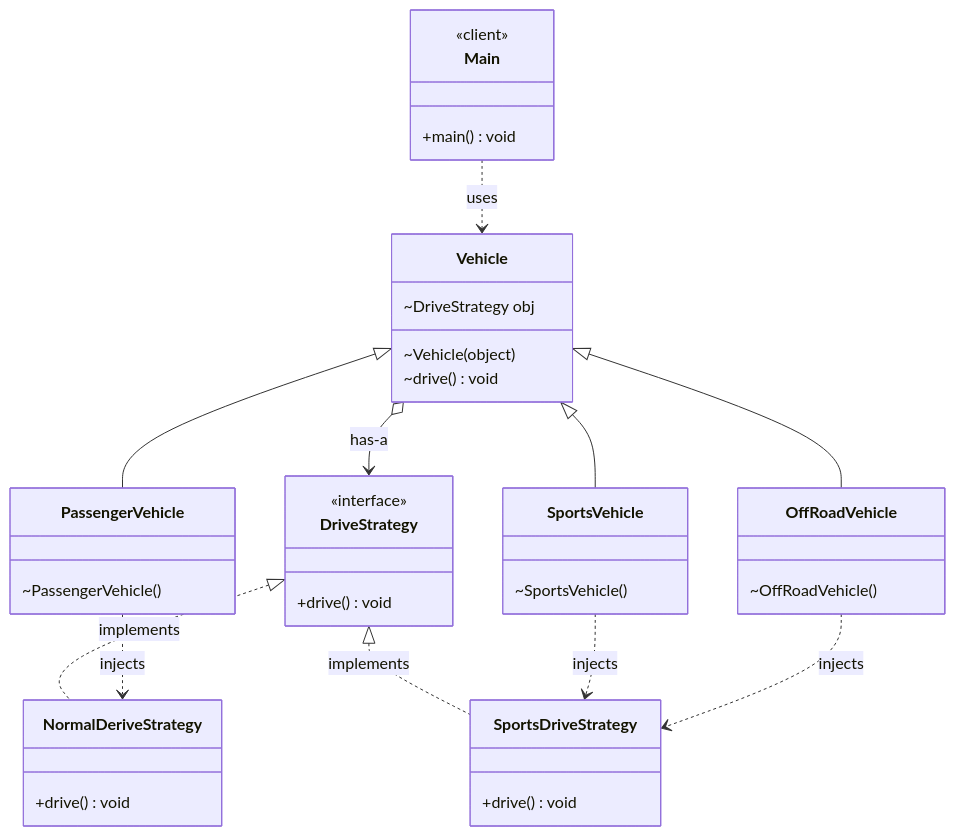
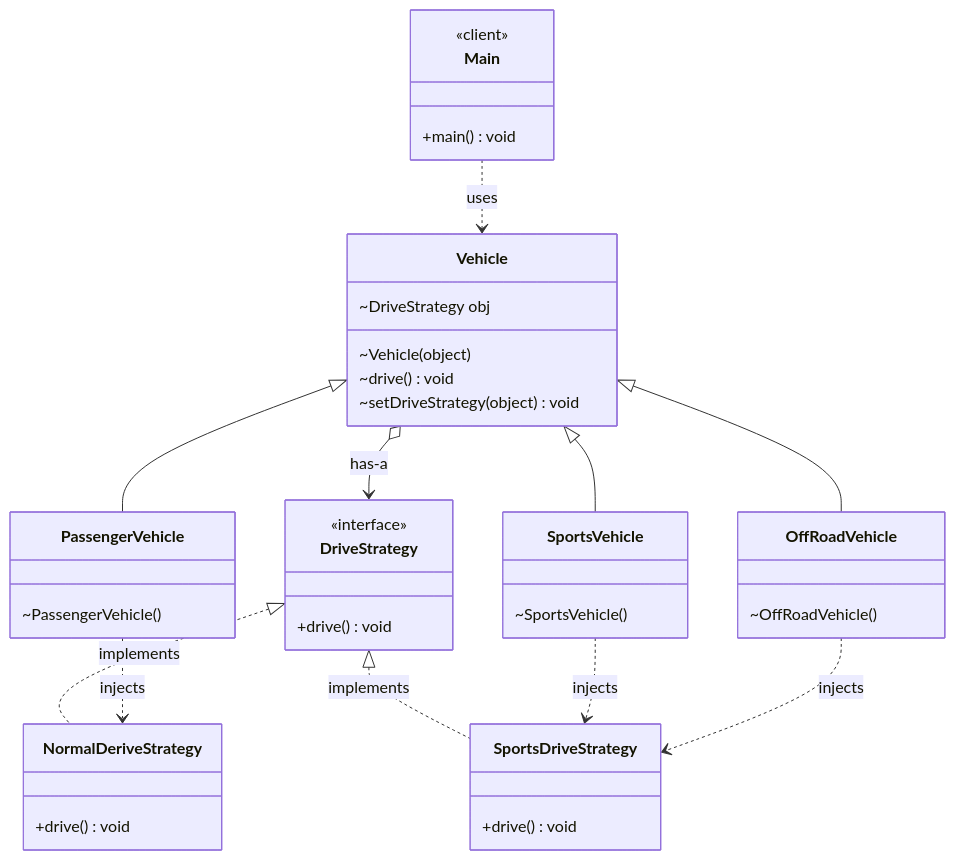
One commit to Reetesh-123/Low-Level-Design changed the second of 2 diagrams in src/BehavioralDesignPatterns/StrategyDesignPattern/class-diagram.md. Above: the diagram before and after it, drawn with Mermaid. The commit also changed 3 other files, not shown here.

````diff
--- a/src/BehavioralDesignPatterns/StrategyDesignPattern/class-diagram.md
+++ b/src/BehavioralDesignPatterns/StrategyDesignPattern/class-diagram.md
@@ -33,50 +33,51 @@
 ```mermaid
 classDiagram
     direction TB
 
     class Main {
       <<client>>
       +main() void
     }
 
     class Vehicle {
       ~DriveStrategy obj
       ~Vehicle(object)
       ~drive() void
+      ~setDriveStrategy(object) void
     }
 
     class PassengerVehicle {
       ~PassengerVehicle()
     }
     class SportsVehicle {
       ~SportsVehicle()
     }
     class OffRoadVehicle {
       ~OffRoadVehicle()
     }
 
     class DriveStrategy {
       <<interface>>
       +drive() void
     }
     class NormalDeriveStrategy {
       +drive() void
     }
     class SportsDriveStrategy {
       +drive() void
     }
 
     Main ..> Vehicle : uses
 
     Vehicle <|-- PassengerVehicle
     Vehicle <|-- SportsVehicle
     Vehicle <|-- OffRoadVehicle
 
     Vehicle o--> DriveStrategy : has-a
     DriveStrategy <|.. NormalDeriveStrategy : implements
     DriveStrategy <|.. SportsDriveStrategy : implements
 
     PassengerVehicle ..> NormalDeriveStrategy : injects
     SportsVehicle ..> SportsDriveStrategy : injects
     OffRoadVehicle ..> SportsDriveStrategy : injects
 ```
````
